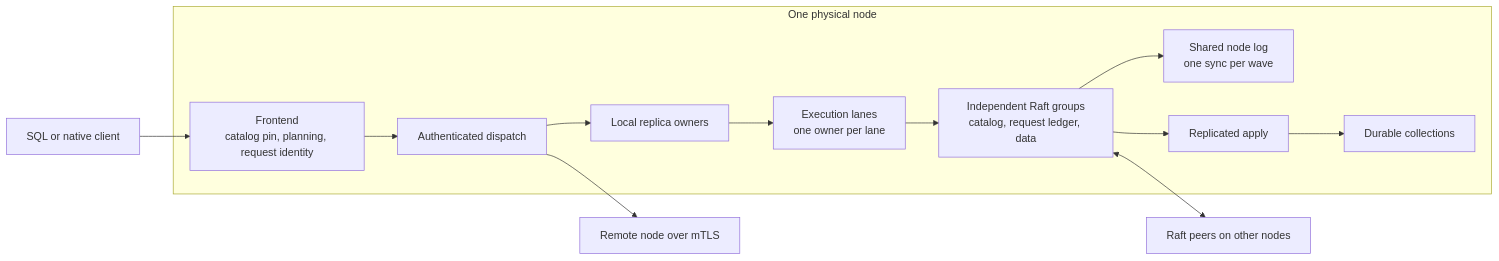
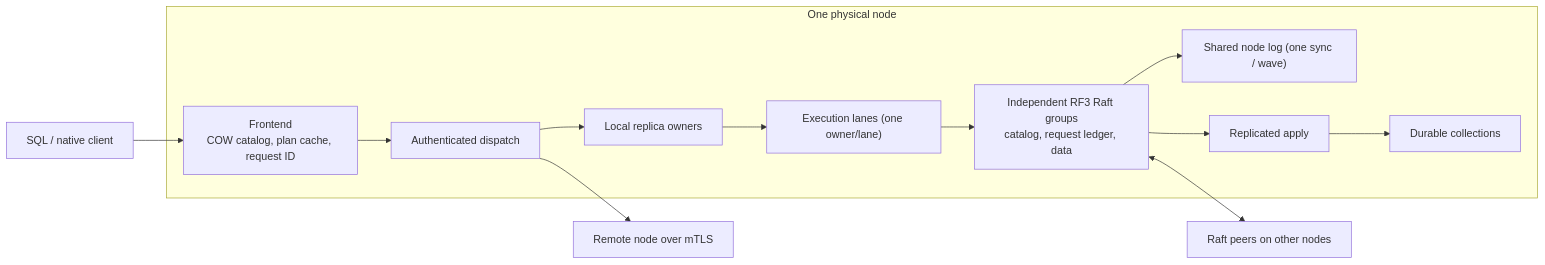
One commit to thesyncim/vibedb changed the second of 2 diagrams in docs/architecture.md. Above: the diagram before and after it, drawn with Mermaid. The commit also changed other lines of this file and 1871 other files, not shown here.

````diff
--- a/docs/architecture.md
+++ b/docs/architecture.md
@@ -34,15 +40,15 @@
 ```mermaid
 flowchart LR
-    Client[SQL or native client] --> Frontend
+    Client[SQL / native client] --> Frontend
     subgraph Node["One physical node"]
-        Frontend["Frontend<br/>catalog pin, planning, request identity"] --> Dispatch[Authenticated dispatch]
+        Frontend["Frontend<br/>COW catalog, plan cache, request ID"] --> Dispatch[Authenticated dispatch]
         Dispatch --> Local[Local replica owners]
-        Local --> Lanes["Execution lanes<br/>one owner per lane"]
-        Lanes --> Groups["Independent Raft groups<br/>catalog, request ledger, data"]
-        Groups --> Log["Shared node log<br/>one sync per wave"]
+        Local --> Lanes["Execution lanes (one owner/lane)"]
+        Lanes --> Groups["Independent RF3 Raft groups<br/>catalog, request ledger, data"]
+        Groups --> Log["Shared node log (one sync / wave)"]
         Groups --> Apply[Replicated apply]
         Apply --> Collections[Durable collections]
     end
     Dispatch --> Remote[Remote node over mTLS]
     Groups <--> Peers[Raft peers on other nodes]
 ```
````
